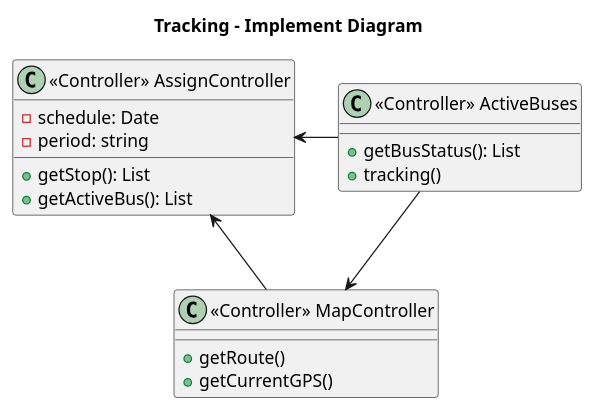
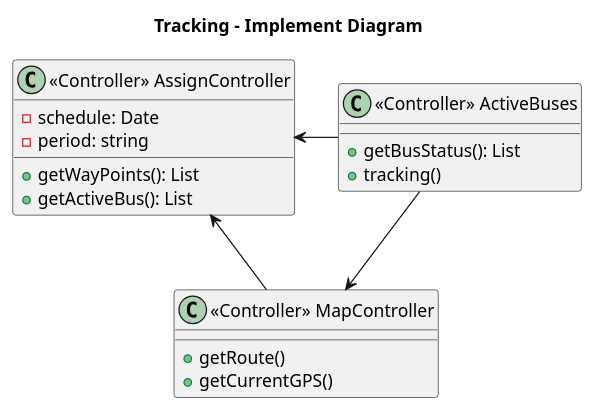
Before and after one commit to Bancie/UltraBus: the diagram in Bus-Smart-app/public/model/uml/implement_and_sequence/tracking_feature/implement.puml, drawn with PlantUML. The commit also changed 8 other files, not shown here.

First line of the commit message:
Add wayPoints to routes and expose getWayPoints methods

```diff
--- a/Bus-Smart-app/public/model/uml/implement_and_sequence/tracking_feature/implement.puml
+++ b/Bus-Smart-app/public/model/uml/implement_and_sequence/tracking_feature/implement.puml
@@ -1,22 +1,22 @@
 title Tracking - Implement Diagram
 
 class "<<Controller>> AssignController" as ac {
     - schedule: Date
     - period: string
-    + getStop(): List
+    + getWayPoints(): List
     + getActiveBus(): List
 }
 
 class "<<Controller>> ActiveBuses" as ab {
     + getBusStatus(): List
     + tracking()
 }
 
 class "<<Controller>> MapController" as mc {
     + getRoute()
     + getCurrentGPS()
 }
 
 ab -left-> ac
 ab --> mc
 mc --> ac
```
